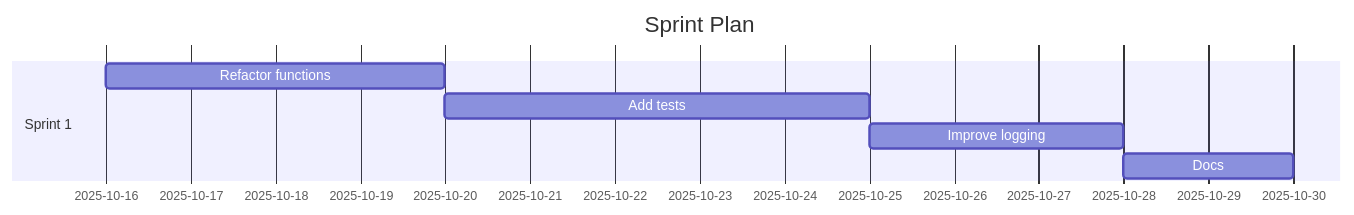
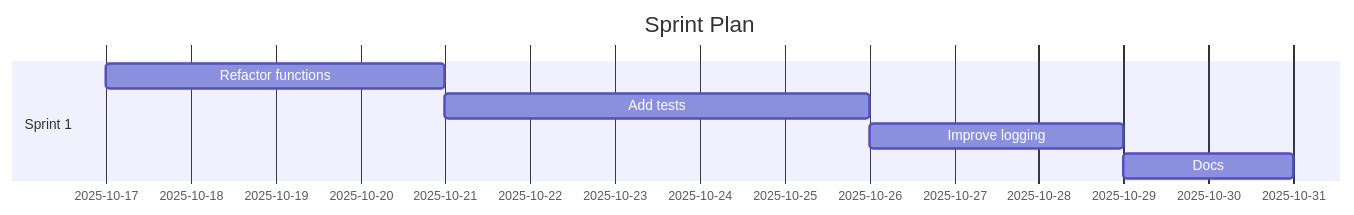
The diagram in demos/demo-code-analysis.sprint.md (Anselmoo/mcp-ai-agent-guidelines), drawn with Mermaid before and after one commit. The commit also changed other lines of this file and 11 other files, not shown here.

````diff
--- a/demos/demo-code-analysis.sprint.md
+++ b/demos/demo-code-analysis.sprint.md
@@ -59,11 +59,11 @@
 ```mermaid
 gantt
 	dateFormat  YYYY-MM-DD
 	title Sprint Plan
 %% Accessibility: Title=Project Sprint Plan; Description=Gantt chart of sprints and tasks over time. %%
   section Sprint 1
-  Refactor functions :s1t0, 2025-10-16, 4d
-  Add tests :s1t1, 2025-10-20, 5d
-  Improve logging :s1t2, 2025-10-25, 3d
-  Docs :s1t3, 2025-10-28, 2d
+  Refactor functions :s1t0, 2025-10-17, 4d
+  Add tests :s1t1, 2025-10-21, 5d
+  Improve logging :s1t2, 2025-10-26, 3d
+  Docs :s1t3, 2025-10-29, 2d
 ```
````
